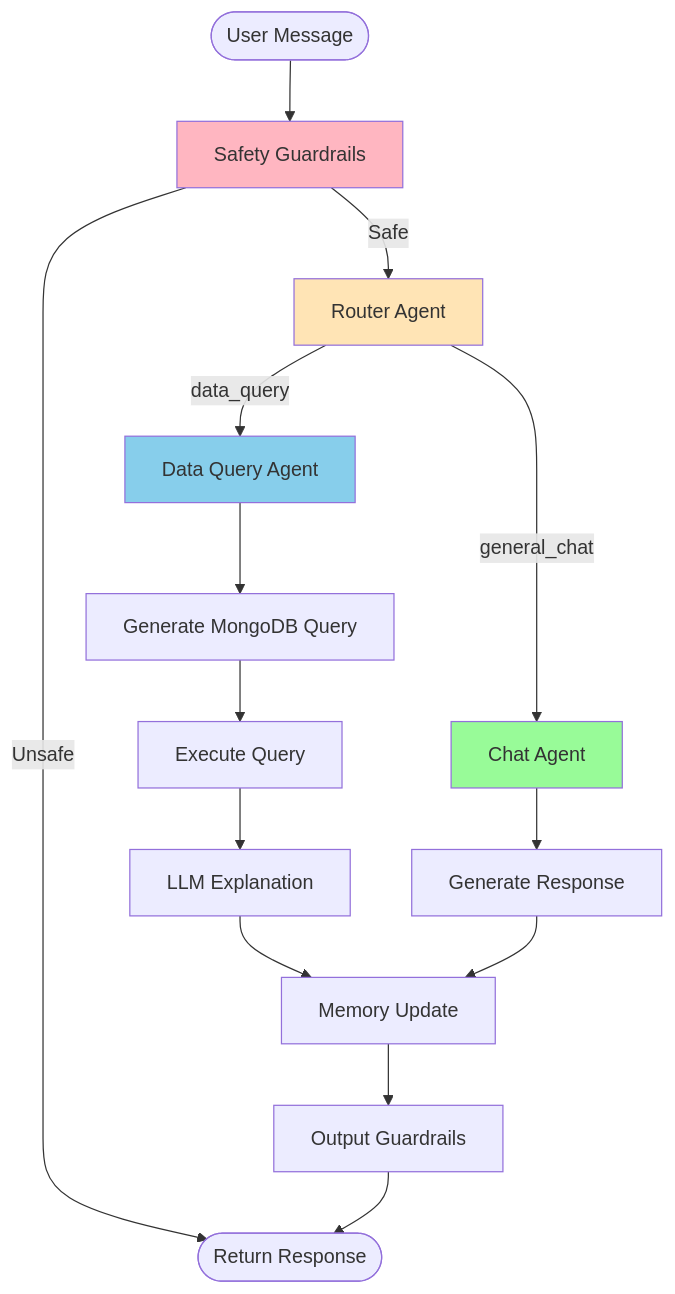
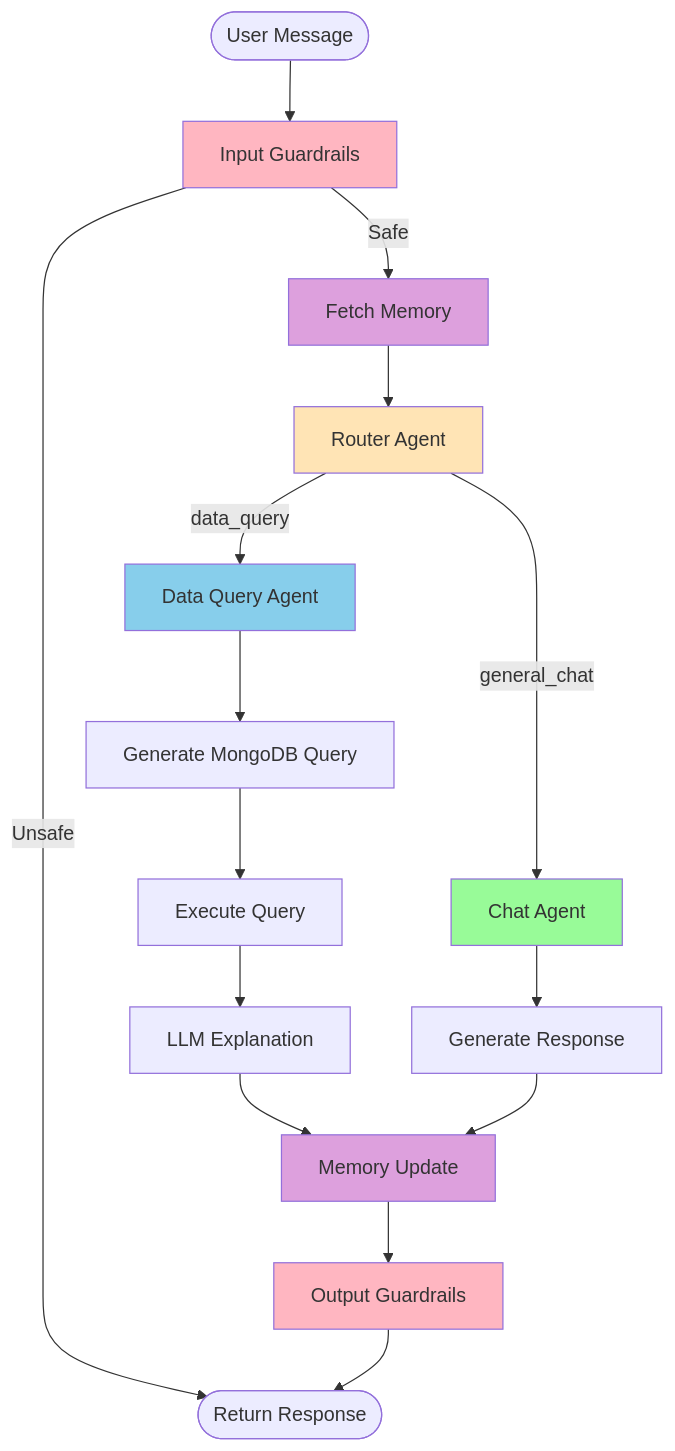
Before and after one commit to abdelmageed95/procurement-assistant: the diagram in README.md, drawn with Mermaid. The commit also changed other lines of this file and 16 other files, not shown here.

````diff
--- a/README.md
+++ b/README.md
@@ -244,26 +244,31 @@
 ```mermaid
 graph TD
-    START([User Message]) --> Guard[Safety Guardrails]
+    START([User Message]) --> Guard[Input Guardrails]
 
-    Guard -->|Safe| Router[Router Agent]
+    Guard -->|Safe| Fetch[Fetch Memory]
     Guard -->|Unsafe| END[Reject]
+
+    Fetch --> Router[Router Agent]
 
     Router -->|data_query| DataAgent[Data Query Agent]
     Router -->|general_chat| ChatAgent[Chat Agent]
 
     DataAgent --> QueryGen[Generate MongoDB Query]
     QueryGen --> Execute[Execute Query]
     Execute --> Explain[LLM Explanation]
-    Explain --> Memory[Memory Update]
+    Explain --> MemUpdate[Memory Update]
 
     ChatAgent --> ChatLLM[Generate Response]
-    ChatLLM --> Memory
+    ChatLLM --> MemUpdate
 
-    Memory --> Output[Output Guardrails]
+    MemUpdate --> Output[Output Guardrails]
     Output --> END([Return Response])
 
     style Router fill:#FFE4B5
     style DataAgent fill:#87CEEB
     style ChatAgent fill:#98FB98
     style Guard fill:#FFB6C1
+    style Fetch fill:#DDA0DD
+    style MemUpdate fill:#DDA0DD
+    style Output fill:#FFB6C1
 ```
````
